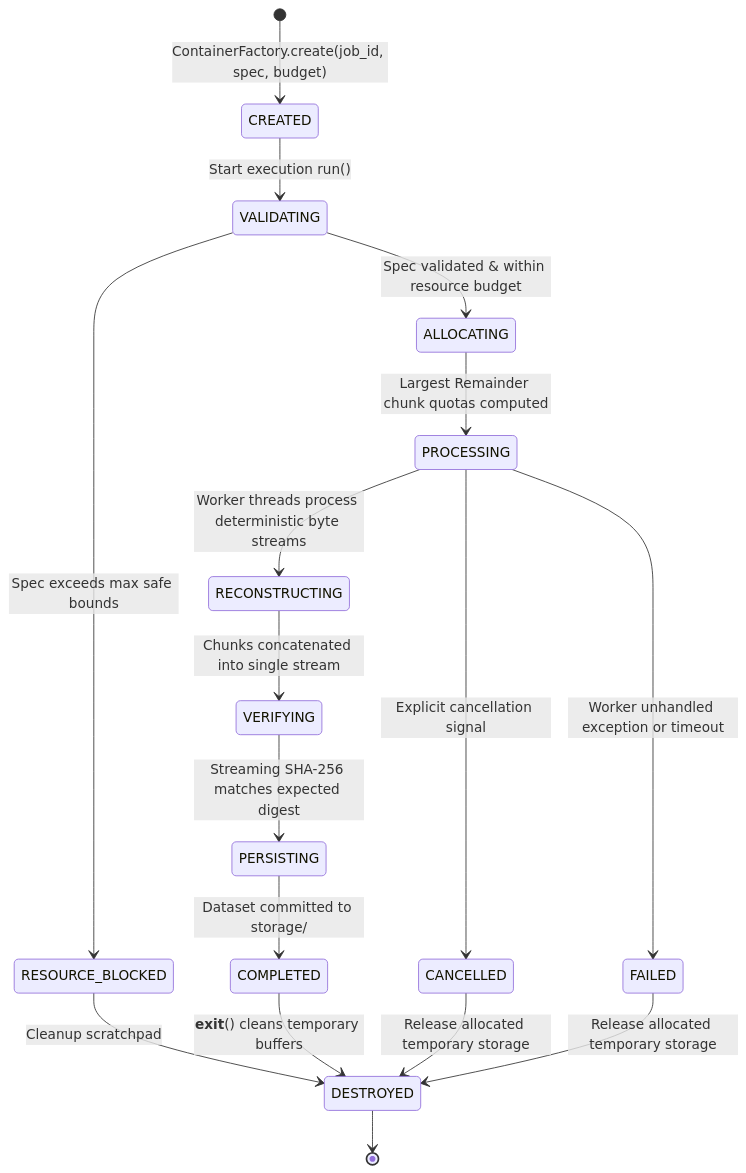
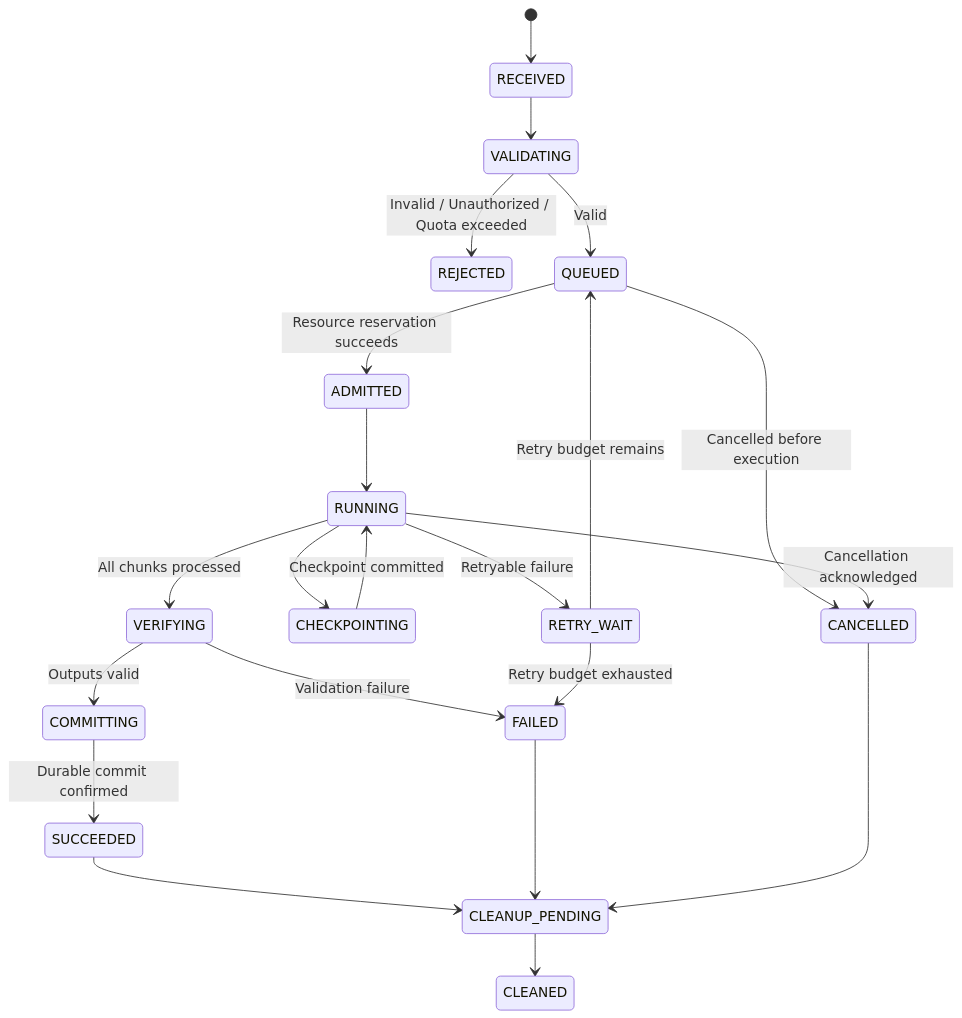
The second of 2 diagrams in docs/SCIENTIFIC_RESEARCH_PAPER.md (GOD-DEBANG/Container), drawn with Mermaid before and after one commit. The commit also changed other lines of this file, not shown here.

````diff
--- a/docs/SCIENTIFIC_RESEARCH_PAPER.md
+++ b/docs/SCIENTIFIC_RESEARCH_PAPER.md
@@ -127,22 +255,24 @@
 ```mermaid
 stateDiagram-v2
-    [*] --> CREATED: ContainerFactory.create(job_id, spec, budget)
-    CREATED --> VALIDATING: Start execution run()
-    VALIDATING --> ALLOCATING: Spec validated & within resource budget
-    VALIDATING --> RESOURCE_BLOCKED: Spec exceeds max safe bounds
-    RESOURCE_BLOCKED --> DESTROYED: Cleanup scratchpad
-
-    ALLOCATING --> PROCESSING: Largest Remainder chunk quotas computed
-    PROCESSING --> RECONSTRUCTING: Worker threads process deterministic byte streams
-    PROCESSING --> CANCELLED: Explicit cancellation signal
-    PROCESSING --> FAILED: Worker unhandled exception or timeout
-    
-    RECONSTRUCTING --> VERIFYING: Chunks concatenated into single stream
-    VERIFYING --> PERSISTING: Streaming SHA-256 matches expected digest
-    PERSISTING --> COMPLETED: Dataset committed to storage/
-    COMPLETED --> DESTROYED: __exit__() cleans temporary buffers
-    
-    CANCELLED --> DESTROYED: Release allocated temporary storage
-    FAILED --> DESTROYED: Release allocated temporary storage
-    DESTROYED --> [*]
+    [*] --> RECEIVED
+    RECEIVED --> VALIDATING
+    VALIDATING --> REJECTED: Invalid / Unauthorized / Quota exceeded
+    VALIDATING --> QUEUED: Valid
+    QUEUED --> ADMITTED: Resource reservation succeeds
+    QUEUED --> CANCELLED: Cancelled before execution
+    ADMITTED --> RUNNING
+    RUNNING --> CHECKPOINTING
+    CHECKPOINTING --> RUNNING: Checkpoint committed
+    RUNNING --> VERIFYING: All chunks processed
+    VERIFYING --> COMMITTING: Outputs valid
+    VERIFYING --> FAILED: Validation failure
+    COMMITTING --> SUCCEEDED: Durable commit confirmed
+    RUNNING --> RETRY_WAIT: Retryable failure
+    RETRY_WAIT --> QUEUED: Retry budget remains
+    RETRY_WAIT --> FAILED: Retry budget exhausted
+    RUNNING --> CANCELLED: Cancellation acknowledged
+    SUCCEEDED --> CLEANUP_PENDING
+    FAILED --> CLEANUP_PENDING
+    CANCELLED --> CLEANUP_PENDING
+    CLEANUP_PENDING --> CLEANED
 ```
````
